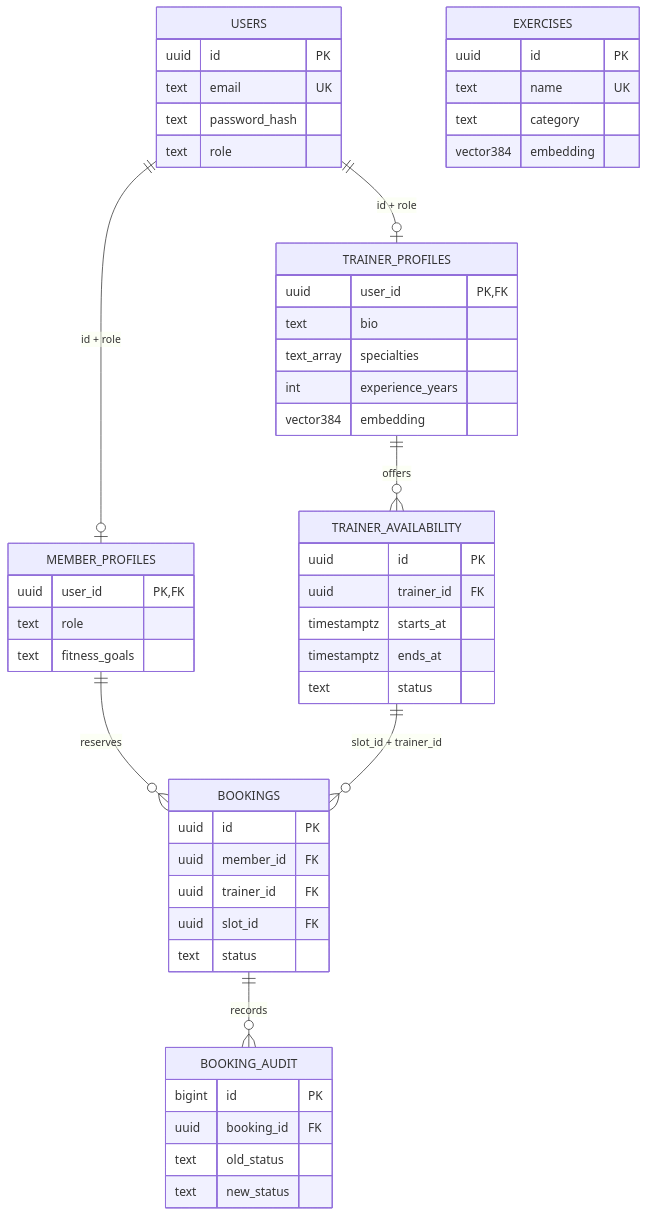
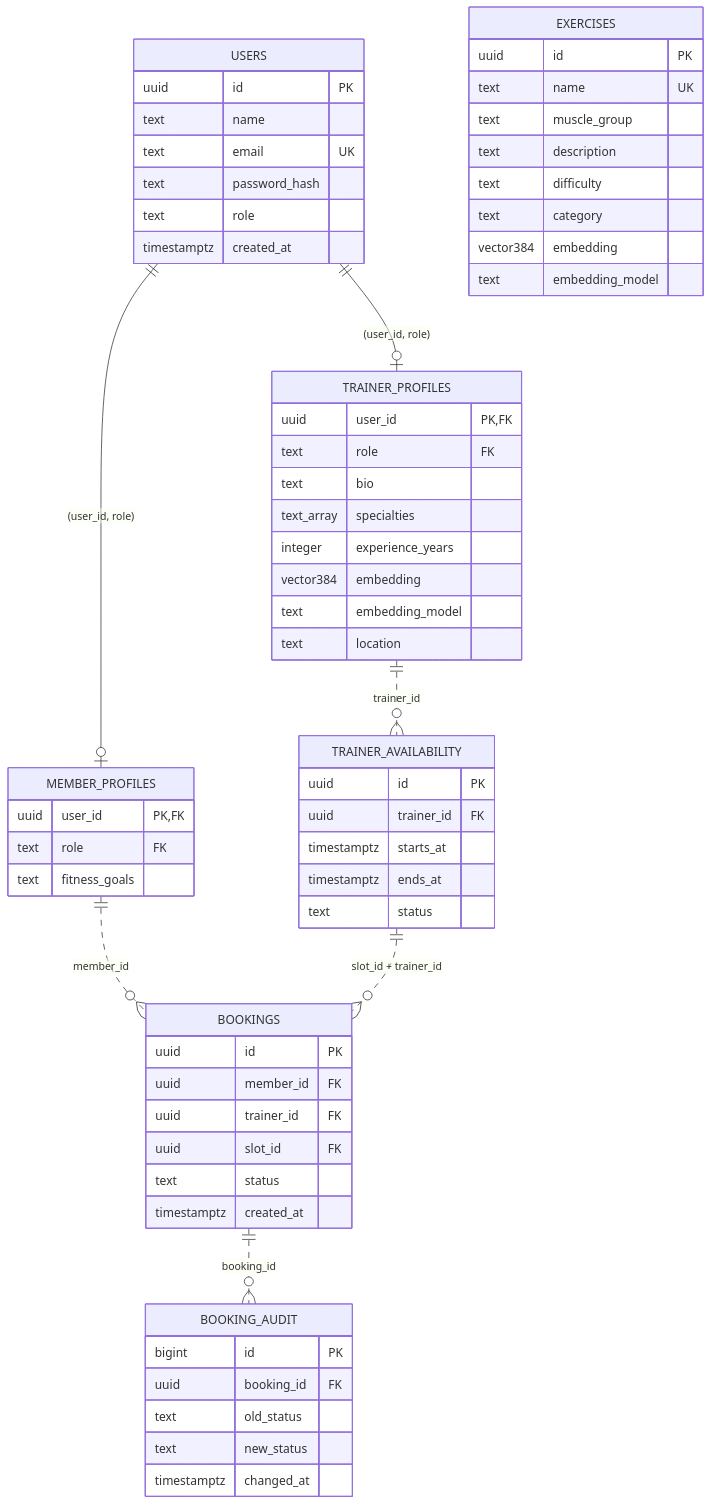
The diagram in docs/er-diagram/pulsefit.mmd (ChiragBasanth/dbms_mini_project_pulsefit), drawn with Mermaid before and after one commit. The commit also changed 30 other files, not shown here.

Commit message:
docs: standardize ER, relational schema and hybrid data model

```diff
--- a/docs/er-diagram/pulsefit.mmd
+++ b/docs/er-diagram/pulsefit.mmd
@@ -1,51 +1,63 @@
+%% PostgreSQL-only ER companion; canonical layout: ../database-design/pulsefit-er-crows-foot.svg
 erDiagram
- USERS ||--o| MEMBER_PROFILES : "id + role"
- USERS ||--o| TRAINER_PROFILES : "id + role"
- TRAINER_PROFILES ||--o{ TRAINER_AVAILABILITY : offers
- MEMBER_PROFILES ||--o{ BOOKINGS : reserves
- TRAINER_AVAILABILITY ||--o{ BOOKINGS : "slot_id + trainer_id"
- BOOKINGS ||--o{ BOOKING_AUDIT : records
+ USERS ||--o| MEMBER_PROFILES : "(user_id, role)"
+ USERS ||--o| TRAINER_PROFILES : "(user_id, role)"
+ TRAINER_PROFILES ||..o{ TRAINER_AVAILABILITY : "trainer_id"
+ MEMBER_PROFILES ||..o{ BOOKINGS : "member_id"
+ TRAINER_AVAILABILITY ||..o{ BOOKINGS : "slot_id + trainer_id"
+ BOOKINGS ||..o{ BOOKING_AUDIT : "booking_id"
  USERS {
   uuid id PK
+  text name
   text email UK
   text password_hash
   text role
+  timestamptz created_at
  }
  MEMBER_PROFILES {
   uuid user_id PK,FK
-  text role
+  text role FK
   text fitness_goals
  }
  TRAINER_PROFILES {
   uuid user_id PK,FK
+  text role FK
   text bio
   text_array specialties
-  int experience_years
+  integer experience_years
   vector384 embedding
+  text embedding_model
+  text location
  }
  TRAINER_AVAILABILITY {
   uuid id PK
   uuid trainer_id FK
   timestamptz starts_at
   timestamptz ends_at
   text status
  }
  BOOKINGS {
   uuid id PK
   uuid member_id FK
   uuid trainer_id FK
   uuid slot_id FK
   text status
+  timestamptz created_at
  }
  BOOKING_AUDIT {
   bigint id PK
   uuid booking_id FK
   text old_status
   text new_status
+  timestamptz changed_at
  }
  EXERCISES {
   uuid id PK
   text name UK
+  text muscle_group
+  text description
+  text difficulty
   text category
   vector384 embedding
+  text embedding_model
  }
```
